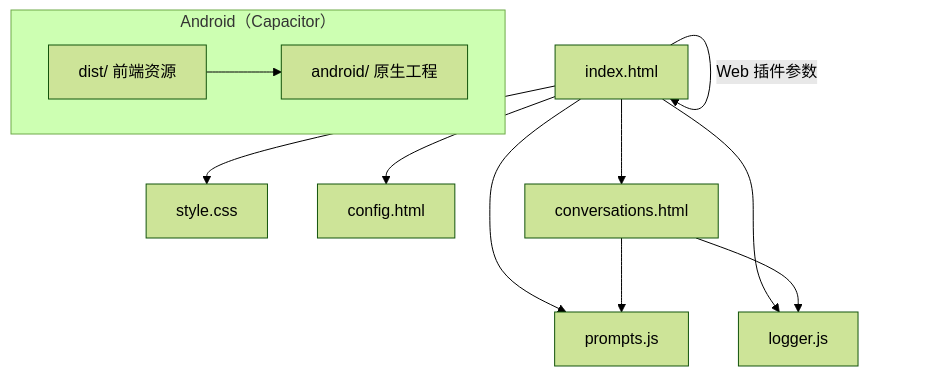
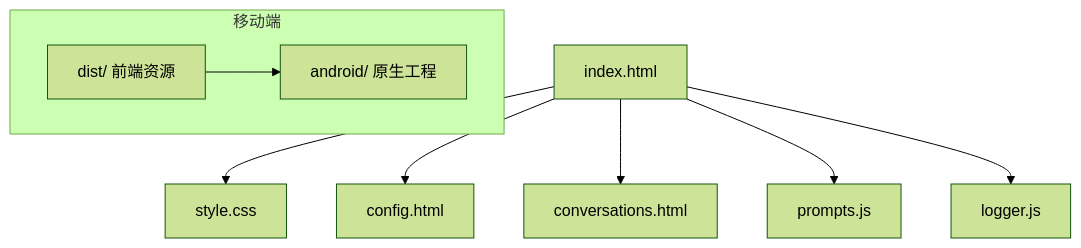
The diagram in README_zh.md (Gyrych/PhoneChat), drawn with Mermaid (forest theme) before and after one commit. The commit also changed other lines of this file and 12 other files, not shown here.

````diff
--- a/README_zh.md
+++ b/README_zh.md
@@ -219,14 +65,11 @@
 ```mermaid
 flowchart TB
   A[index.html] --> C[style.css]
   A --> D[config.html]
   A --> E[conversations.html]
   A --> F[prompts.js]
   A --> G[logger.js]
-  A -- Web 插件参数 --> A
-  E --> F
-  E --> G
-  subgraph 移动端 [Android（Capacitor）]
+  subgraph 移动端
     H[dist/ 前端资源] --> I[android/ 原生工程]
   end
 ```
````
